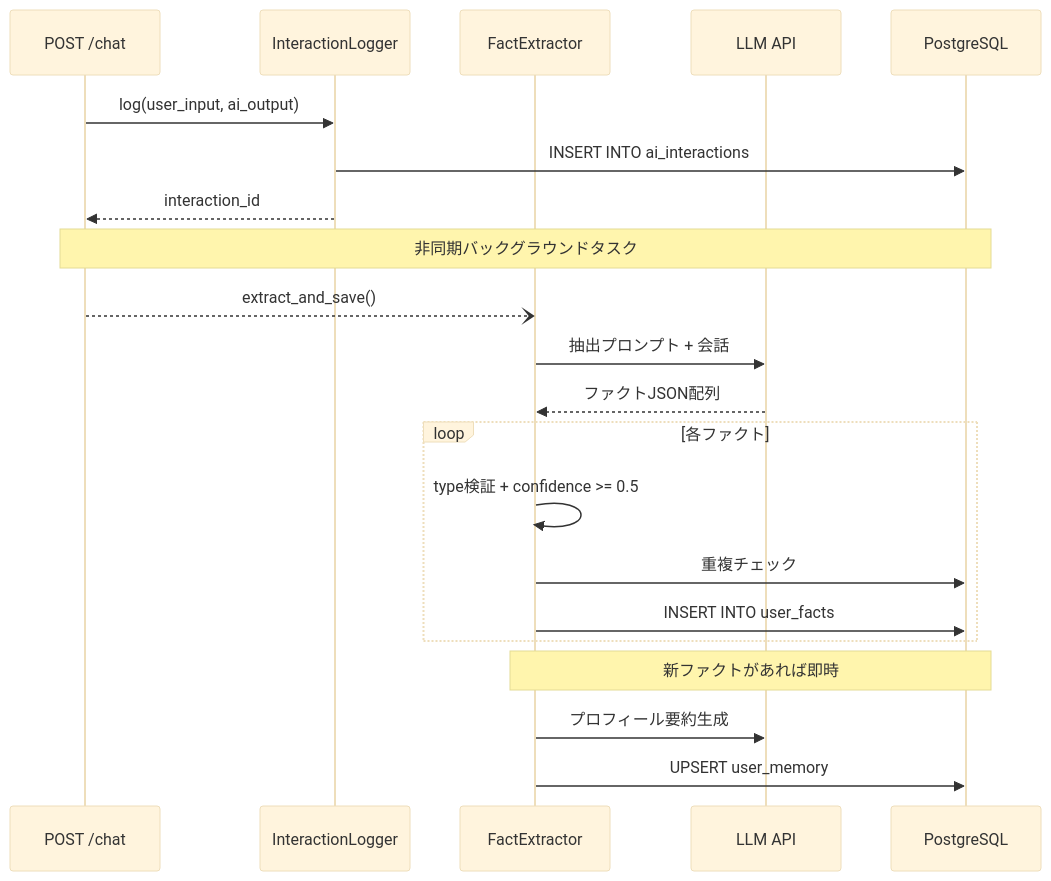
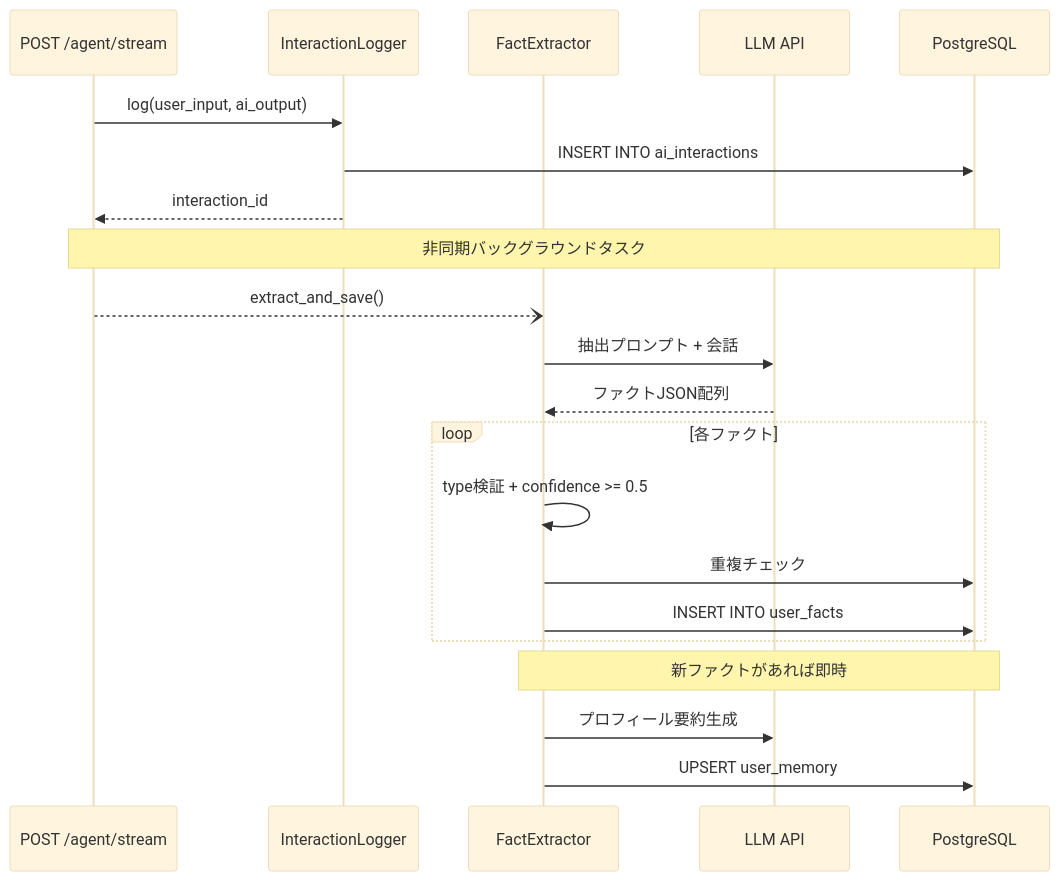
One commit to yu-min3/kensan changed the tenth of 12 diagrams in kensan-ai/ARCHITECTURE.md. Above: the diagram before and after it, drawn with Mermaid (base theme). The commit also changed other lines of this file and 172 other files, not shown here.

````diff
--- a/kensan-ai/ARCHITECTURE.md
+++ b/kensan-ai/ARCHITECTURE.md
@@ -422,28 +470,28 @@
 ```mermaid
 sequenceDiagram
-    participant Chat as POST /chat
+    participant Chat as POST /agent/stream
     participant Logger as InteractionLogger
     participant Extractor as FactExtractor
     participant LLM as LLM API
     participant DB as PostgreSQL
 
     Chat->>Logger: log(user_input, ai_output)
     Logger->>DB: INSERT INTO ai_interactions
     Logger-->>Chat: interaction_id
 
     Note over Chat,DB: 非同期バックグラウンドタスク
     Chat--)Extractor: extract_and_save()
 
     Extractor->>LLM: 抽出プロンプト + 会話
     LLM-->>Extractor: ファクトJSON配列
 
     loop 各ファクト
         Extractor->>Extractor: type検証 + confidence >= 0.5
         Extractor->>DB: 重複チェック
         Extractor->>DB: INSERT INTO user_facts
     end
 
     Note over Extractor,DB: 新ファクトがあれば即時
     Extractor->>LLM: プロフィール要約生成
     Extractor->>DB: UPSERT user_memory
 ```
````
